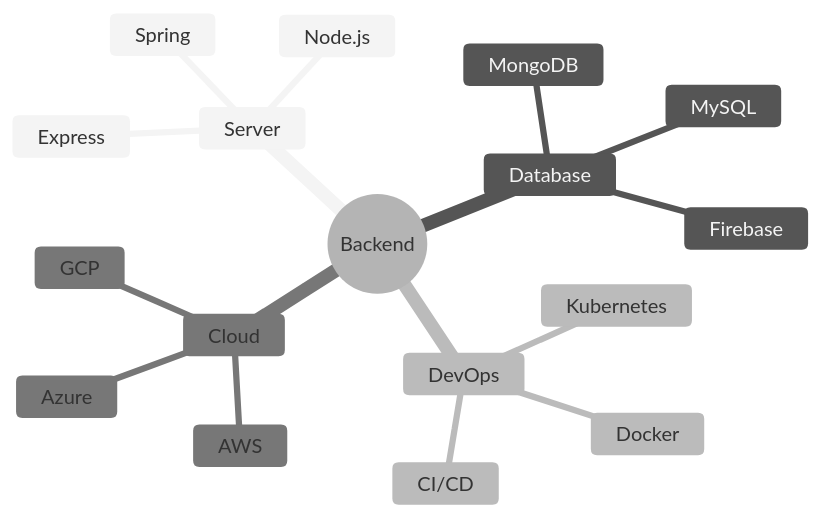
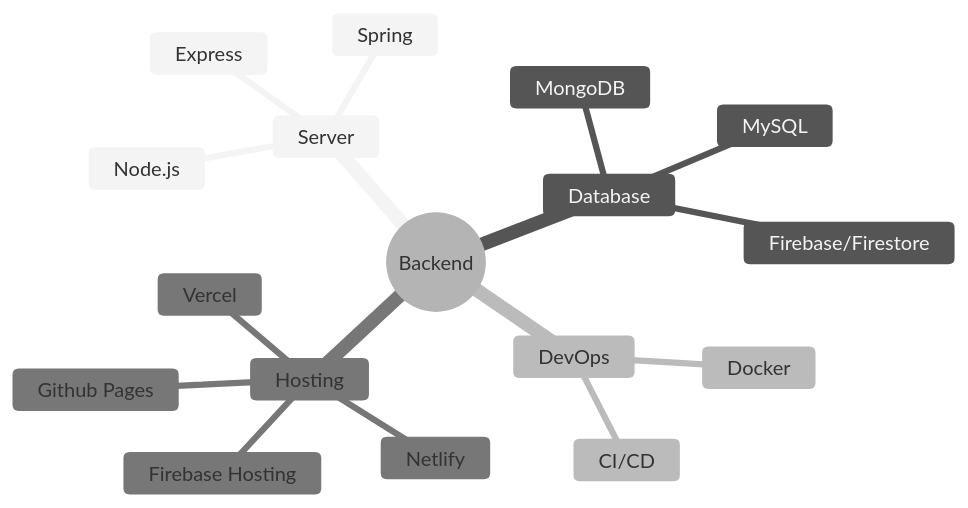
One commit to KhamessiTaha/KhamessiTaha changed the third of 4 diagrams in README.md. Above: the diagram before and after it, drawn with Mermaid (neutral theme). The commit also changed other lines of this file, not shown here.

````diff
--- a/README.md
+++ b/README.md
@@ -145,20 +137,20 @@
 ```mermaid
 mindmap
   root((Backend))
     Server
       Node.js
       Spring
       Express
     Database
       MongoDB
       MySQL
-      Firebase
+      Firebase/Firestore
     DevOps
       Docker
-      Kubernetes
       CI/CD
-    Cloud
-      AWS
-      GCP
-      Azure
+    Hosting
+      Netlify
+      Github Pages
+      Vercel
+      Firebase Hosting
 ```
````
